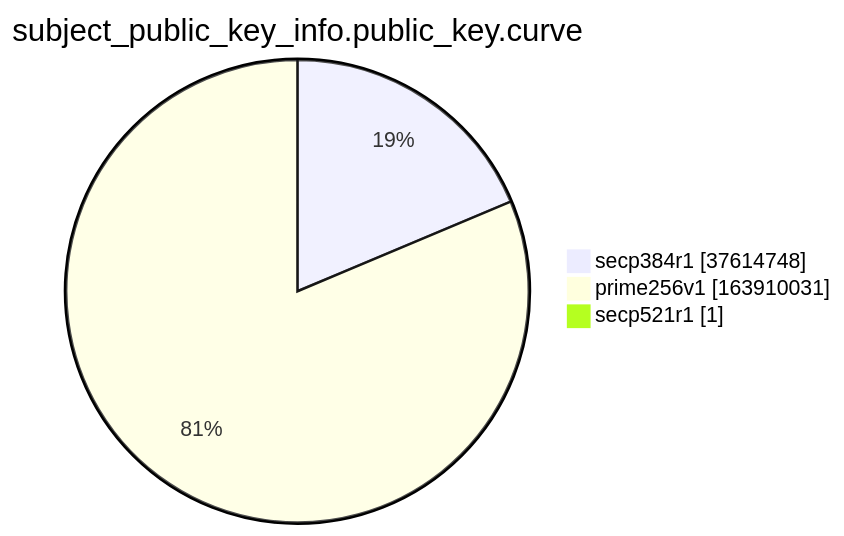
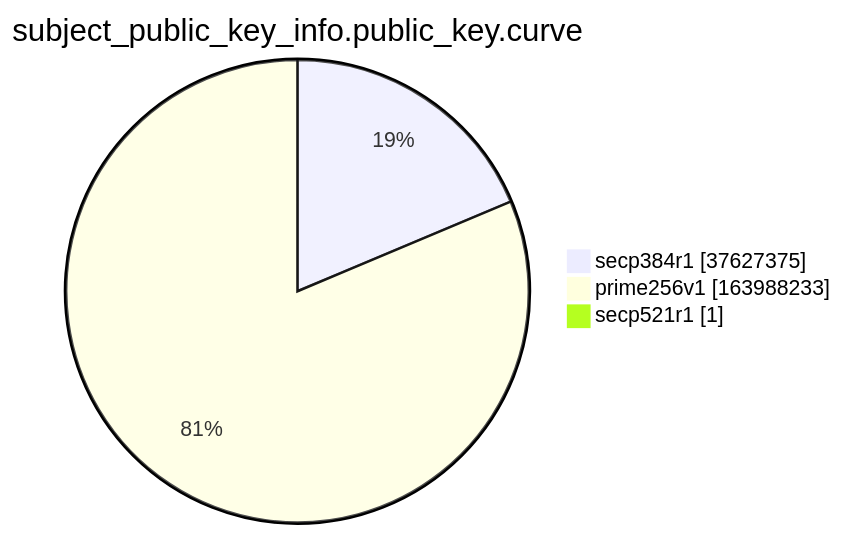
Before and after one commit to christiankrug/ctmonitor_visualization: the ninth of 15 diagrams in argon2022/README.md, drawn with Mermaid. The commit also changed other lines of this file, not shown here.

````diff
--- a/argon2022/README.md
+++ b/argon2022/README.md
@@ -2766,7 +2766,7 @@
 ```mermaid
 pie showData
 title subject_public_key_info.public_key.curve
-"secp384r1" :37614748
-"prime256v1" :163910031
+"secp384r1" :37627375
+"prime256v1" :163988233
 "secp521r1" :1
 ```
````
